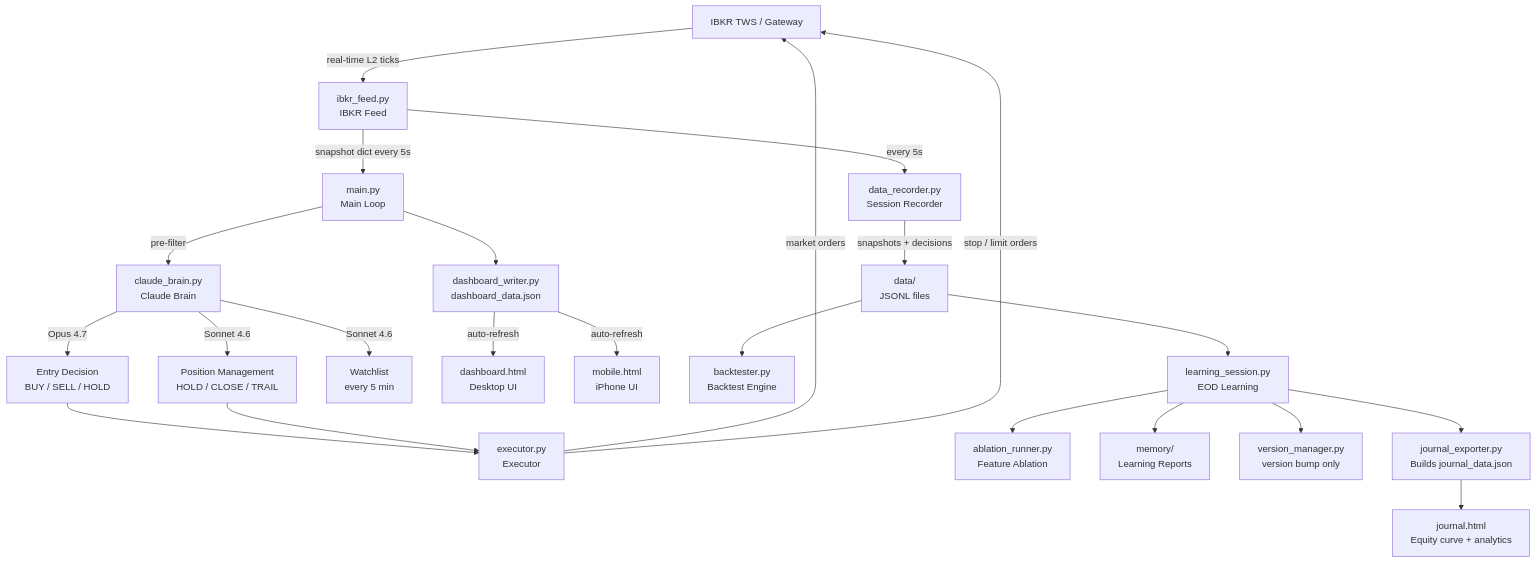
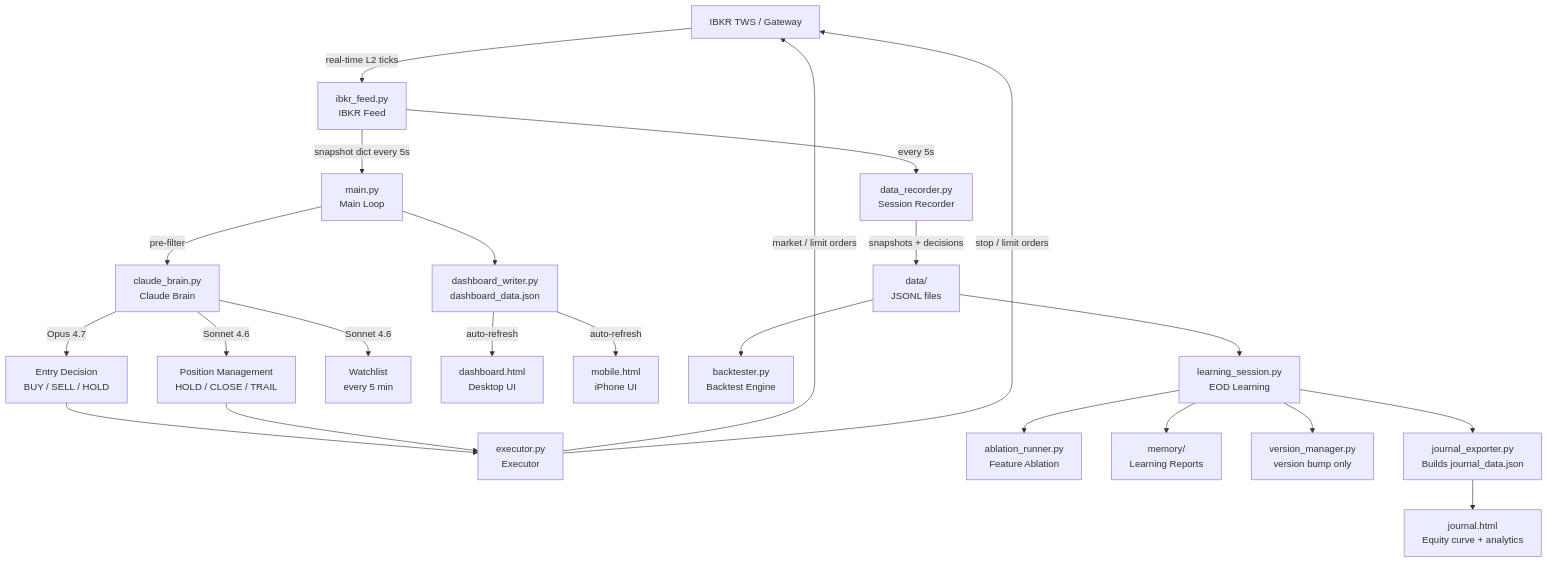
One commit to fgomecs/mnq-ai-trader changed the first of 7 diagrams in README.md. Above: the diagram before and after it, drawn with Mermaid. The commit also changed other lines of this file and 5 other files, not shown here.

````diff
--- a/README.md
+++ b/README.md
@@ -44,25 +44,25 @@
 ```mermaid
 graph TD
     IBKR[IBKR TWS / Gateway] -->|real-time L2 ticks| FEED[ibkr_feed.py\nIBKR Feed]
     FEED -->|snapshot dict every 5s| MAIN[main.py\nMain Loop]
     MAIN -->|pre-filter| BRAIN[claude_brain.py\nClaude Brain]
     BRAIN -->|Opus 4.7| ENTRY[Entry Decision\nBUY / SELL / HOLD]
     BRAIN -->|Sonnet 4.6| POS[Position Management\nHOLD / CLOSE / TRAIL]
     BRAIN -->|Sonnet 4.6| WL[Watchlist\nevery 5 min]
     ENTRY --> EXEC[executor.py\nExecutor]
     POS --> EXEC
-    EXEC -->|market orders| IBKR
+    EXEC -->|market / limit orders| IBKR
     EXEC -->|stop / limit orders| IBKR
     MAIN --> DASH[dashboard_writer.py\ndashboard_data.json]
     DASH -->|auto-refresh| UI[dashboard.html\nDesktop UI]
     DASH -->|auto-refresh| MOB[mobile.html\niPhone UI]
     FEED -->|every 5s| REC[data_recorder.py\nSession Recorder]
     REC -->|snapshots + decisions| DATA[data/\nJSONL files]
     DATA --> BT[backtester.py\nBacktest Engine]
     DATA --> LEARN[learning_session.py\nEOD Learning]
     LEARN --> ABL[ablation_runner.py\nFeature Ablation]
     LEARN --> MEM[memory/\nLearning Reports]
     LEARN --> VER[version_manager.py\nversion bump only]
     LEARN --> JEX[journal_exporter.py\nBuilds journal_data.json]
     JEX --> JHTML[journal.html\nEquity curve + analytics]
 ```
````
